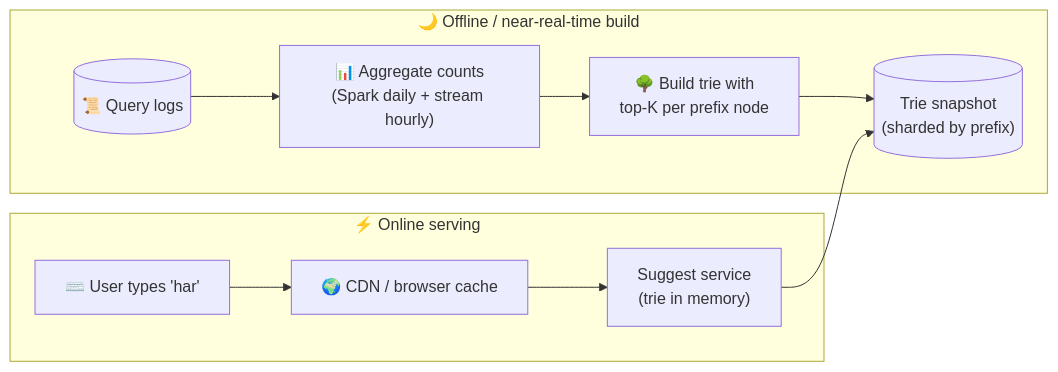
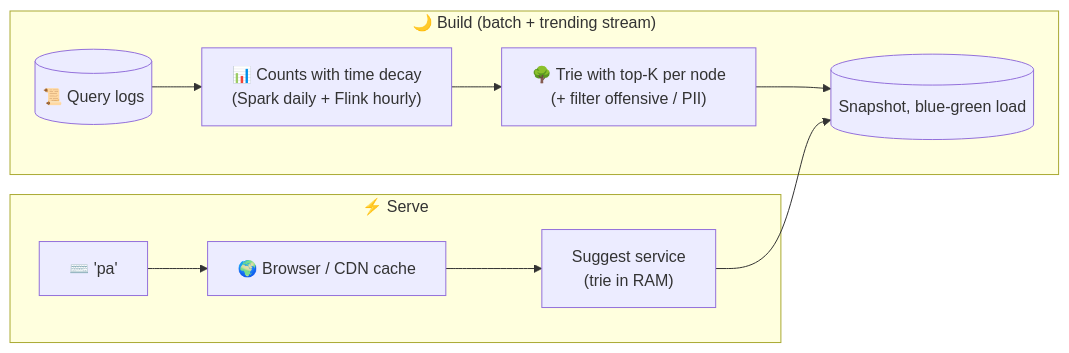
The diagram in phases/11-advanced-designs/093-design-autocomplete.md (winnyboy5/System-Design-from-Atoms), drawn with Mermaid before and after one commit. The commit also changed other lines of this file and 15 other files, not shown here.

````diff
--- a/phases/11-advanced-designs/093-design-autocomplete.md
+++ b/phases/11-advanced-designs/093-design-autocomplete.md
@@ -29,13 +37,13 @@
 ```mermaid
 flowchart LR
-    subgraph Offline["🌙 Offline / near-real-time build"]
-        LOG[("📜 Query logs")] --> AGG["📊 Aggregate counts<br/>(Spark daily + stream hourly)"]
-        AGG --> BUILD["🌳 Build trie with<br/>top-K per prefix node"]
-        BUILD --> SNAP[("Trie snapshot<br/>(sharded by prefix)")]
+    subgraph Offline["🌙 Build (batch + trending stream)"]
+        LOG[("📜 Query logs")] --> AGG["📊 Counts with time decay<br/>(Spark daily + Flink hourly)"]
+        AGG --> BUILD["🌳 Trie with top-K per node<br/>(+ filter offensive / PII)"]
+        BUILD --> SNAP[("Snapshot, blue-green load")]
     end
-    subgraph Online["⚡ Online serving"]
-        U["⌨️ User types 'har'"] --> CDN["🌍 CDN / browser cache"]
-        CDN --> SVC["Suggest service<br/>(trie in memory)"]
+    subgraph Online["⚡ Serve"]
+        U["⌨️ 'pa'"] --> CDN["🌍 Browser / CDN cache"]
+        CDN --> SVC["Suggest service<br/>(trie in RAM)"]
         SVC --> SNAP
     end
 ```
````
